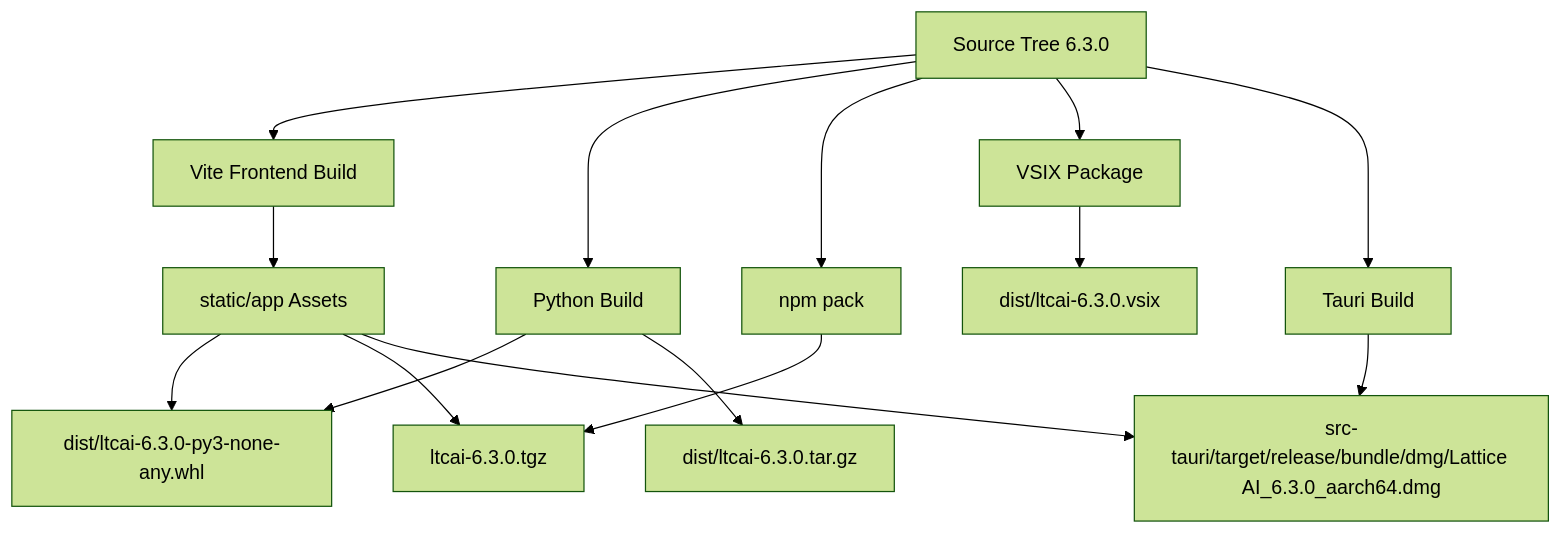
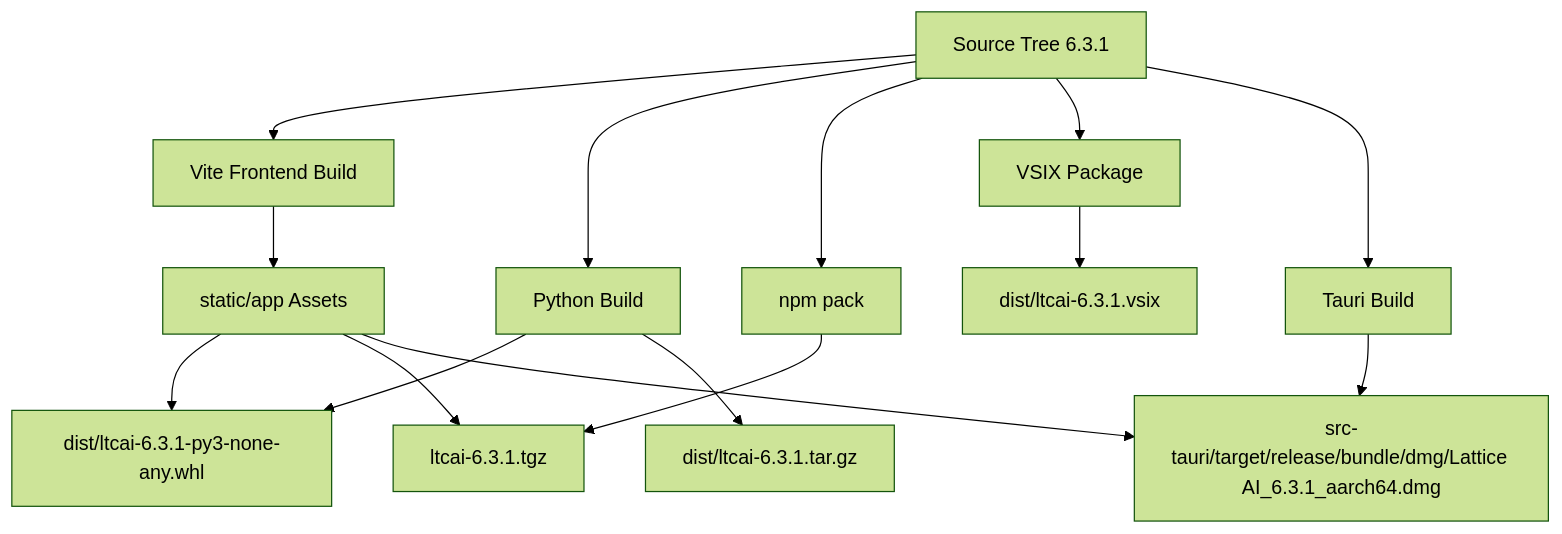
One commit to TaeSooPark-PTS/LatticeAI changed the tenth of 10 diagrams in ARCHITECTURE.md. Above: the diagram before and after it, drawn with Mermaid (forest theme). The commit also changed other lines of this file and 35 other files, not shown here.

````diff
--- a/ARCHITECTURE.md
+++ b/ARCHITECTURE.md
@@ -271,18 +271,18 @@
 ```mermaid
 flowchart TB
-  Source["Source Tree 6.3.0"] --> FrontendBuild["Vite Frontend Build"]
+  Source["Source Tree 6.3.1"] --> FrontendBuild["Vite Frontend Build"]
   Source --> PythonBuild["Python Build"]
   Source --> NpmPack["npm pack"]
   Source --> VsixBuild["VSIX Package"]
   Source --> TauriBuild["Tauri Build"]
 
   FrontendBuild --> StaticAssets["static/app Assets"]
-  PythonBuild --> Wheel["dist/ltcai-6.3.0-py3-none-any.whl"]
-  PythonBuild --> Sdist["dist/ltcai-6.3.0.tar.gz"]
-  NpmPack --> Tgz["ltcai-6.3.0.tgz"]
-  VsixBuild --> Vsix["dist/ltcai-6.3.0.vsix"]
-  TauriBuild --> Dmg["src-tauri/target/release/bundle/dmg/Lattice AI_6.3.0_aarch64.dmg"]
+  PythonBuild --> Wheel["dist/ltcai-6.3.1-py3-none-any.whl"]
+  PythonBuild --> Sdist["dist/ltcai-6.3.1.tar.gz"]
+  NpmPack --> Tgz["ltcai-6.3.1.tgz"]
+  VsixBuild --> Vsix["dist/ltcai-6.3.1.vsix"]
+  TauriBuild --> Dmg["src-tauri/target/release/bundle/dmg/Lattice AI_6.3.1_aarch64.dmg"]
   StaticAssets --> Wheel
   StaticAssets --> Tgz
   StaticAssets --> Dmg
 ```
````
